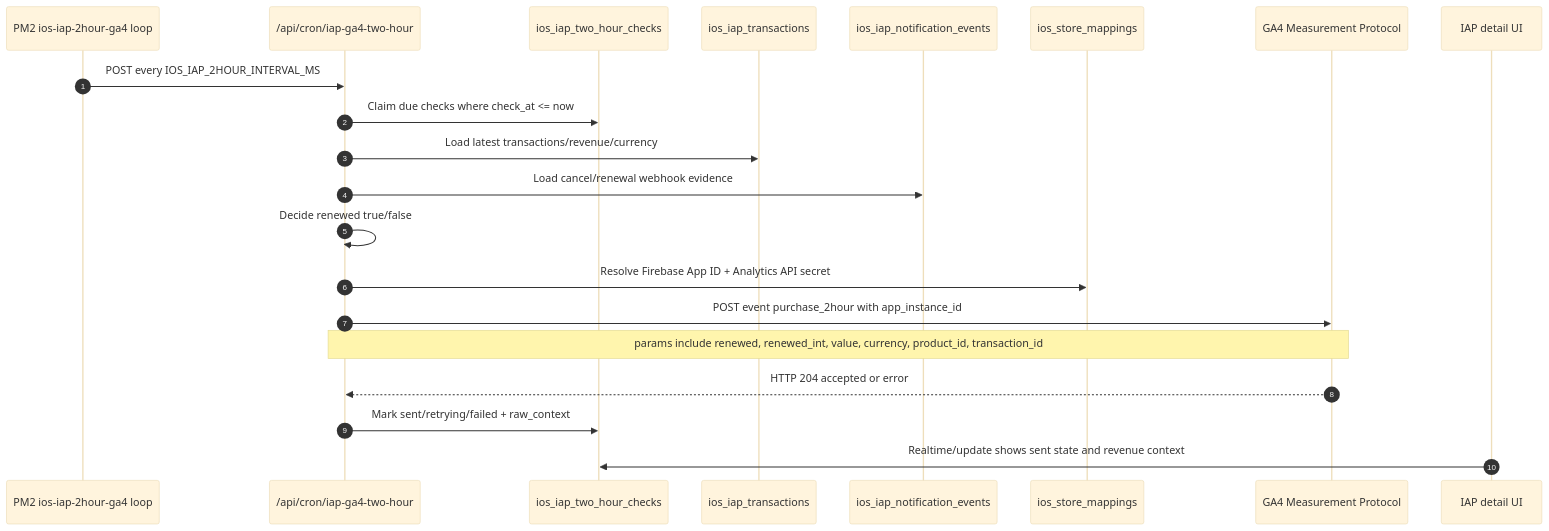
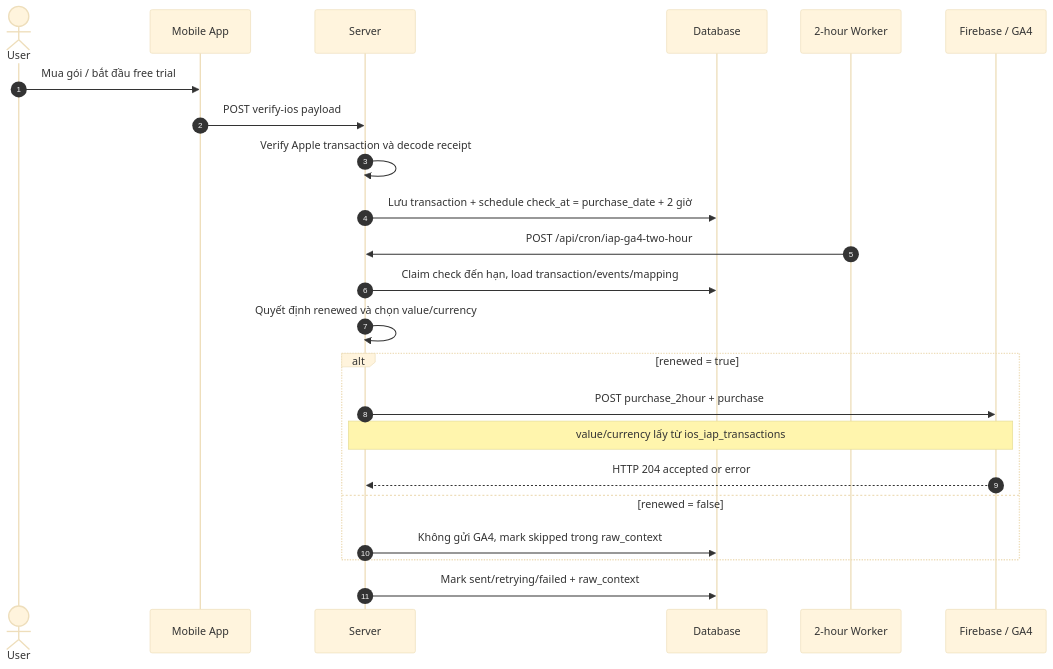
Before and after one commit to Limgrow-Server/System-tracking-Fox-Limgrow: diagram 15 of 19 in docs/feature-sequence-flows.md, drawn with Mermaid (base theme). The commit also changed other lines of this file and 3 other files, not shown here.

Commit message:
fix(iap): refine two hour ga4 purchase events

````diff
--- a/docs/feature-sequence-flows.md
+++ b/docs/feature-sequence-flows.md
@@ -470,24 +472,26 @@
 ```mermaid
 sequenceDiagram
   autonumber
-  participant Worker as PM2 ios-iap-2hour-ga4 loop
-  participant Cron as /api/cron/iap-ga4-two-hour
-  participant Check as ios_iap_two_hour_checks
-  participant Tx as ios_iap_transactions
-  participant Events as ios_iap_notification_events
-  participant Mapping as ios_store_mappings
-  participant GA4 as GA4 Measurement Protocol
-  participant UI as IAP detail UI
+  actor User as User
+  participant Mobile as Mobile App
+  participant Server as Server
+  participant DB as Database
+  participant Worker as 2-hour Worker
+  participant Firebase as Firebase / GA4
 
-  Worker->>Cron: POST every IOS_IAP_2HOUR_INTERVAL_MS
-  Cron->>Check: Claim due checks where check_at <= now
-  Cron->>Tx: Load latest transactions/revenue/currency
-  Cron->>Events: Load cancel/renewal webhook evidence
-  Cron->>Cron: Decide renewed true/false
-  Cron->>Mapping: Resolve Firebase App ID + Analytics API secret
-  Cron->>GA4: POST event purchase_2hour with app_instance_id
-  Note over Cron,GA4: params include renewed, renewed_int, value, currency, product_id, transaction_id
-  GA4-->>Cron: HTTP 204 accepted or error
-  Cron->>Check: Mark sent/retrying/failed + raw_context
-  UI->>Check: Realtime/update shows sent state and revenue context
+  User->>Mobile: Mua gói / bắt đầu free trial
+  Mobile->>Server: POST verify-ios payload
+  Server->>Server: Verify Apple transaction và decode receipt
+  Server->>DB: Lưu transaction + schedule check_at = purchase_date + 2 giờ
+  Worker->>Server: POST /api/cron/iap-ga4-two-hour
+  Server->>DB: Claim check đến hạn, load transaction/events/mapping
+  Server->>Server: Quyết định renewed và chọn value/currency
+  alt renewed = true
+    Server->>Firebase: POST purchase_2hour + purchase
+    Note over Server,Firebase: value/currency lấy từ ios_iap_transactions
+    Firebase-->>Server: HTTP 204 accepted or error
+  else renewed = false
+    Server->>DB: Không gửi GA4, mark skipped trong raw_context
+  end
+  Server->>DB: Mark sent/retrying/failed + raw_context
 ```
````
